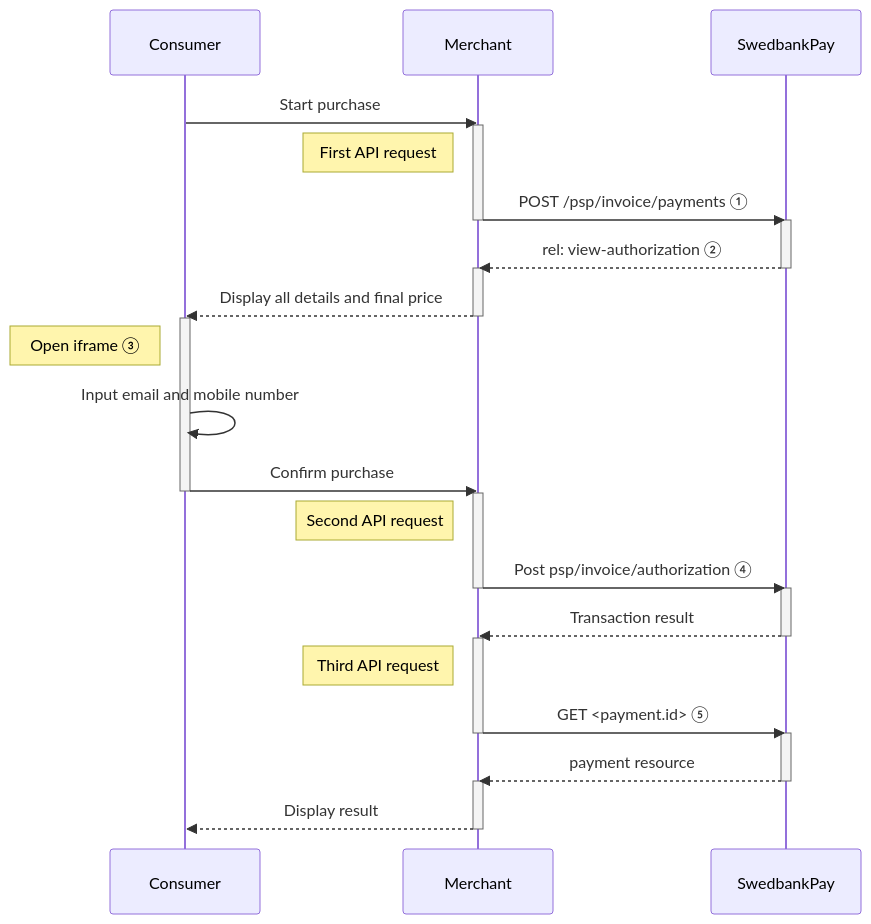
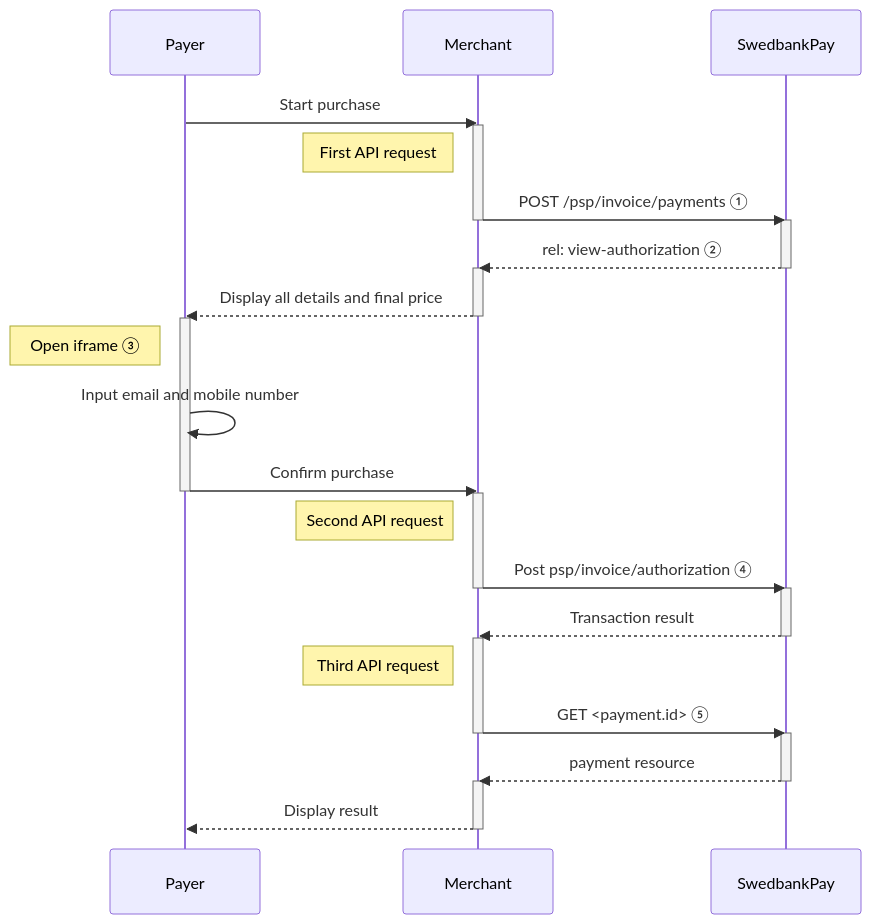
The diagram in payment-instruments/invoice/seamless-view.md (SwedbankPay/developer.swedbankpay.com), drawn with Mermaid before and after one commit. The commit also changed other lines of this file and 9 other files, not shown here.

````diff
--- a/payment-instruments/invoice/seamless-view.md
+++ b/payment-instruments/invoice/seamless-view.md
@@ -253,27 +253,27 @@
 ```mermaid
 sequenceDiagram
-    Consumer->>Merchant: Start purchase
+    Payer->>Merchant: Start purchase
     activate Merchant
     note left of Merchant: First API request
     Merchant->>-SwedbankPay: POST /psp/invoice/payments ①
     activate SwedbankPay
     SwedbankPay-->>-Merchant: rel: view-authorization ②
     activate Merchant
-    Merchant-->>-Consumer: Display all details and final price
-    activate Consumer
-    note left of Consumer: Open iframe ③
-    Consumer->>Consumer: Input email and mobile number
-    Consumer->>-Merchant: Confirm purchase
+    Merchant-->>-Payer: Display all details and final price
+    activate Payer
+    note left of Payer: Open iframe ③
+    Payer->>Payer: Input email and mobile number
+    Payer->>-Merchant: Confirm purchase
     activate Merchant
     note left of Merchant: Second API request
     Merchant->>-SwedbankPay: Post psp/invoice/authorization ④
     activate SwedbankPay
     SwedbankPay-->>-Merchant: Transaction result
     activate Merchant
     note left of Merchant: Third API request
     Merchant->>-SwedbankPay: GET <payment.id> ⑤
     activate SwedbankPay
     SwedbankPay-->>-Merchant: payment resource
     activate Merchant
-    Merchant-->>-Consumer: Display result
+    Merchant-->>-Payer: Display result
 ```
````
